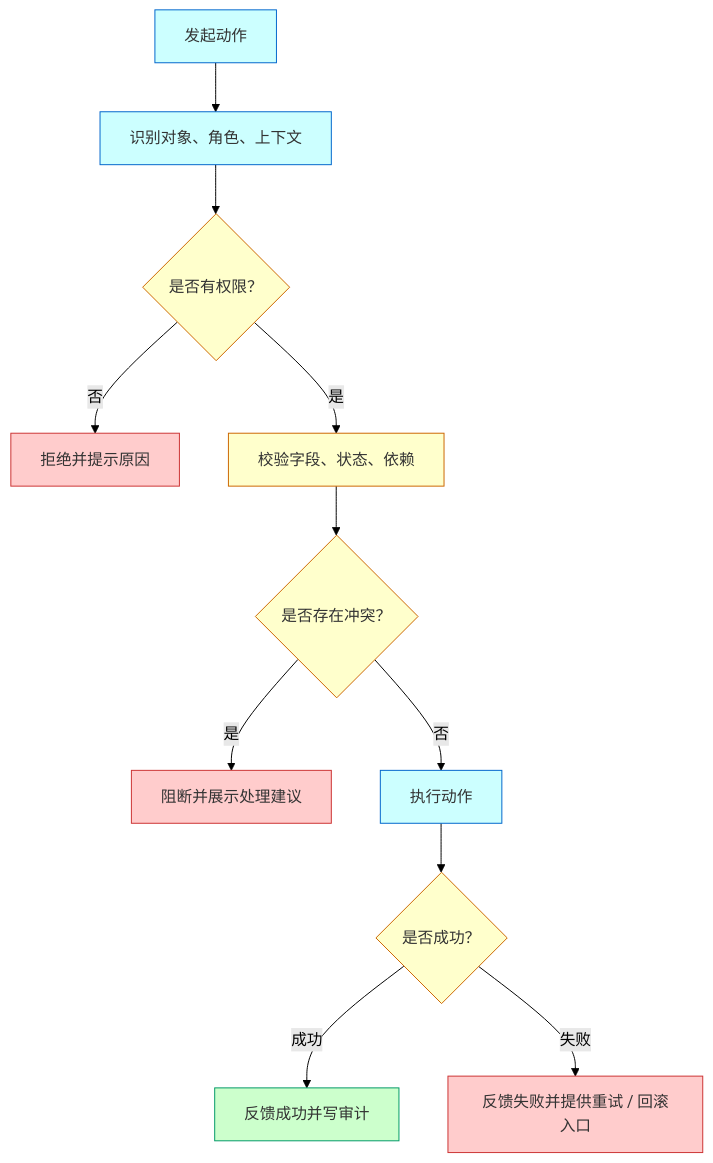
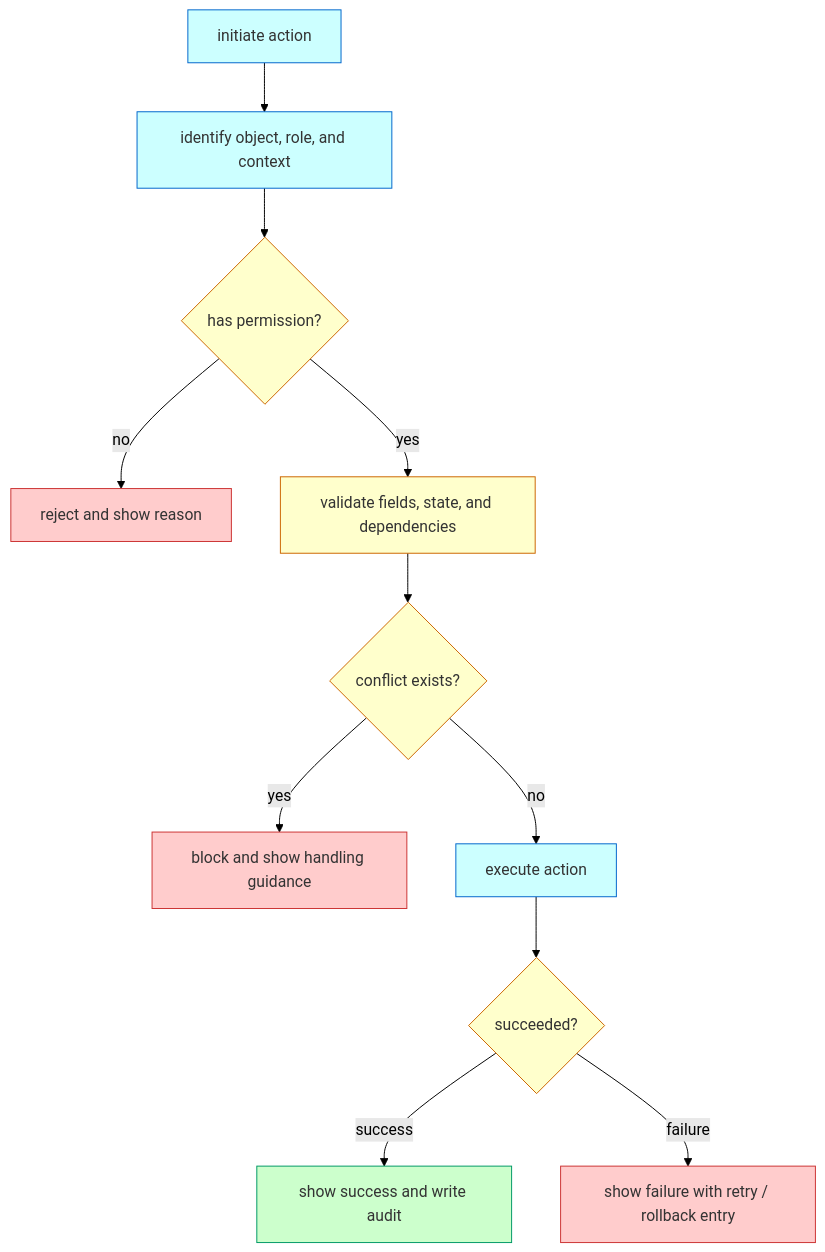
One commit to xyjunco/junco-skill changed the fifth of 5 diagrams in references/platform-patterns.md. Above: the diagram before and after it, drawn with Mermaid (forest theme). The commit also changed other lines of this file and 6 other files, not shown here.

````diff
--- a/references/platform-patterns.md
+++ b/references/platform-patterns.md
@@ -199,26 +199,26 @@
 ```mermaid
 flowchart TD
-  Start["发起动作"] --> Identify["识别对象、角色、上下文"]
-  Identify --> Permission{"是否有权限？"}
-  Permission -- "否" --> NoPermission["拒绝并提示原因"]
-  Permission -- "是" --> Validate["校验字段、状态、依赖"]
-  Validate --> Conflict{"是否存在冲突？"}
-  Conflict -- "是" --> Block["阻断并展示处理建议"]
-  Conflict -- "否" --> Execute["执行动作"]
-  Execute --> Result{"是否成功？"}
-  Result -- "成功" --> Success["反馈成功并写审计"]
-  Result -- "失败" --> Fail["反馈失败并提供重试 / 回滚入口"]
+  Start["initiate action"] --> Identify["identify object, role, and context"]
+  Identify --> Permission{"has permission?"}
+  Permission -- "no" --> NoPermission["reject and show reason"]
+  Permission -- "yes" --> Validate["validate fields, state, and dependencies"]
+  Validate --> Conflict{"conflict exists?"}
+  Conflict -- "yes" --> Block["block and show handling guidance"]
+  Conflict -- "no" --> Execute["execute action"]
+  Execute --> Result{"succeeded?"}
+  Result -- "success" --> Success["show success and write audit"]
+  Result -- "failure" --> Fail["show failure with retry / rollback entry"]
 
   class Start,Identify,Execute core;
   class Permission,Validate,Conflict,Result control;
   class Success runtime;
   class NoPermission,Block,Fail risk;
 
   classDef actor fill:#FFCC99,stroke:#CC6600,color:#333333;
   classDef core fill:#CCFFFF,stroke:#0066CC,color:#333333;
   classDef runtime fill:#CCFFCC,stroke:#009966,color:#333333;
   classDef control fill:#FFFFCC,stroke:#CC6600,color:#333333;
   classDef data fill:#CCCCFF,stroke:#663399,color:#333333;
   classDef risk fill:#FFCCCC,stroke:#CC3333,color:#333333;
   classDef neutral fill:#FFFFFF,stroke:#999999,color:#333333;
 ```
````
